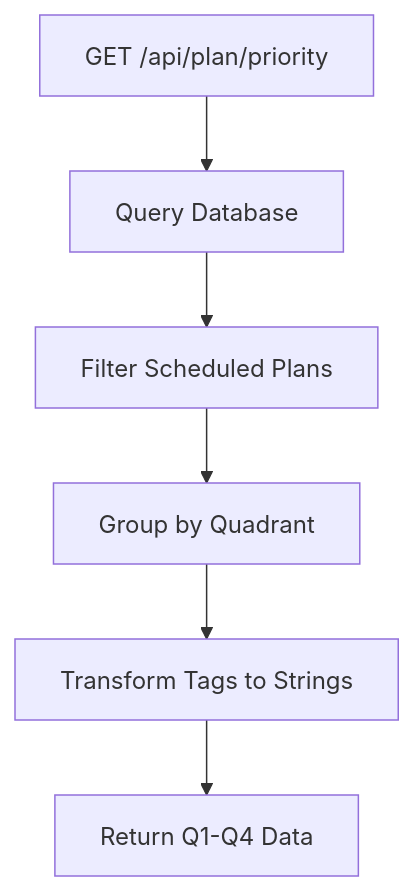
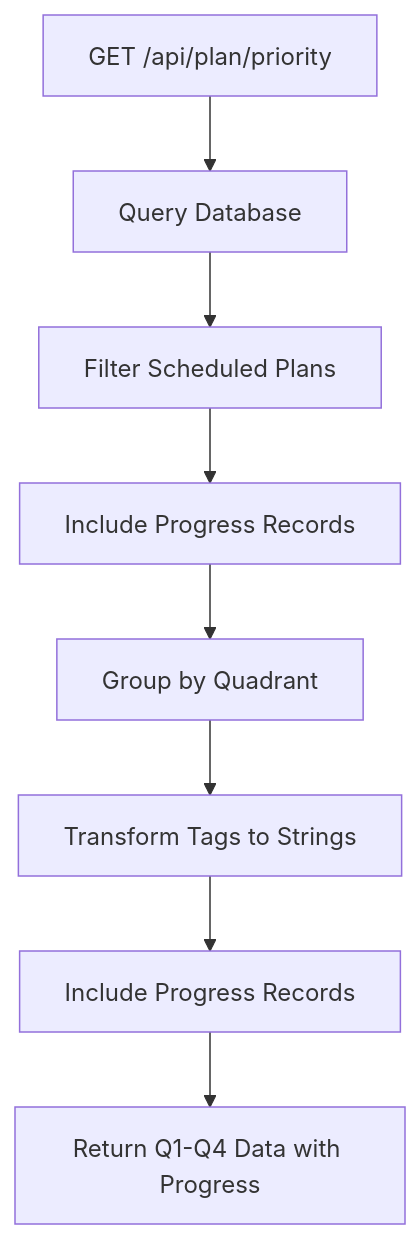
The third of 8 diagrams in .qoder/repowiki/en/content/API Reference/Enhanced Plan Management Endpoints.md (peixuanhu/goal-mate), drawn with Mermaid before and after one commit. The commit also changed other lines of this file and 5 other files, not shown here.

````diff
--- a/.qoder/repowiki/en/content/API Reference/Enhanced Plan Management Endpoints.md
+++ b/.qoder/repowiki/en/content/API Reference/Enhanced Plan Management Endpoints.md
@@ -153,8 +163,10 @@
 ```mermaid
 flowchart TD
 Request[GET /api/plan/priority] --> Query[Query Database]
 Query --> Filter[Filter Scheduled Plans]
-Filter --> Group[Group by Quadrant]
+Filter --> Include[Include Progress Records]
+Include --> Group[Group by Quadrant]
 Group --> Transform[Transform Tags to Strings]
-Transform --> Response[Return Q1-Q4 Data]
+Transform --> Progress[Include Progress Records]
+Progress --> Response[Return Q1-Q4 Data with Progress]
 ```
````
